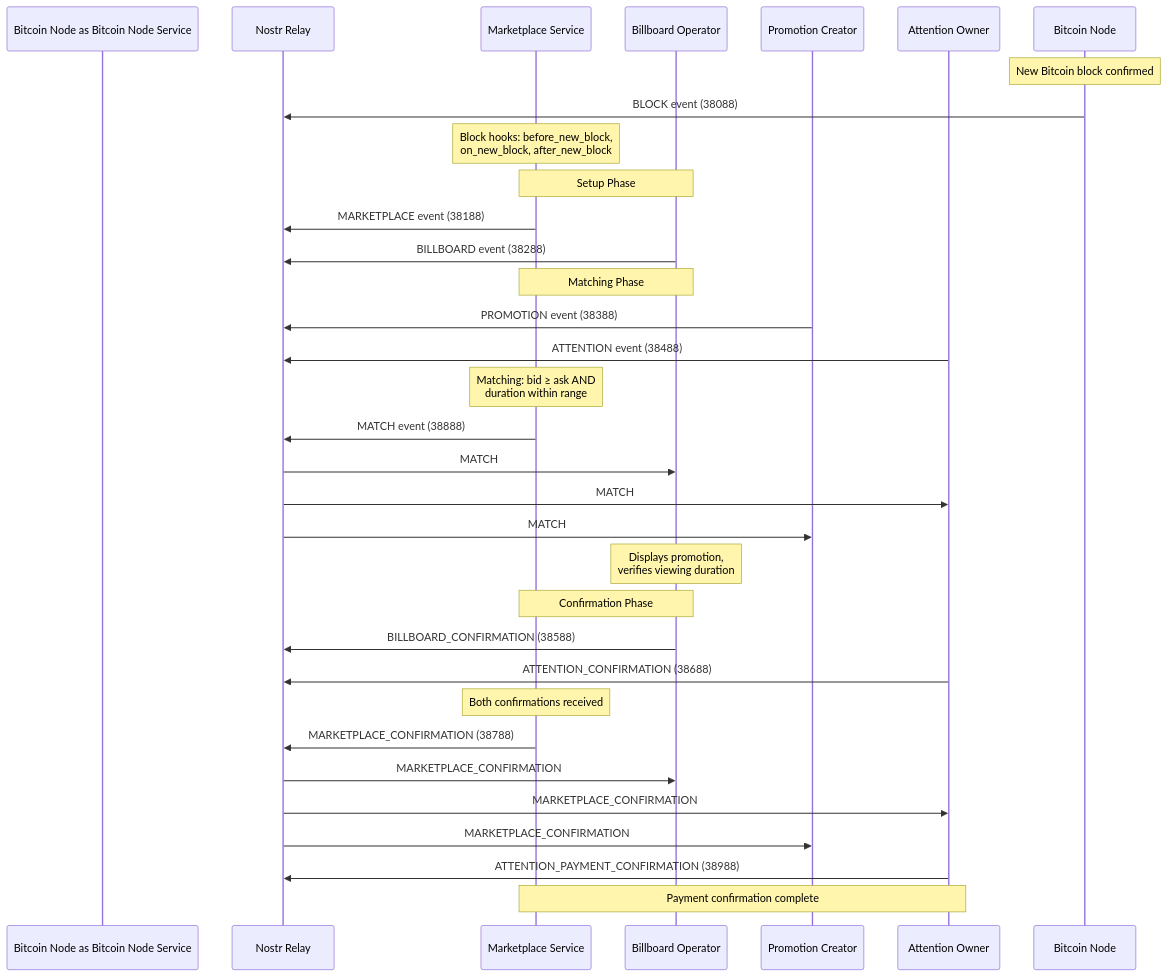
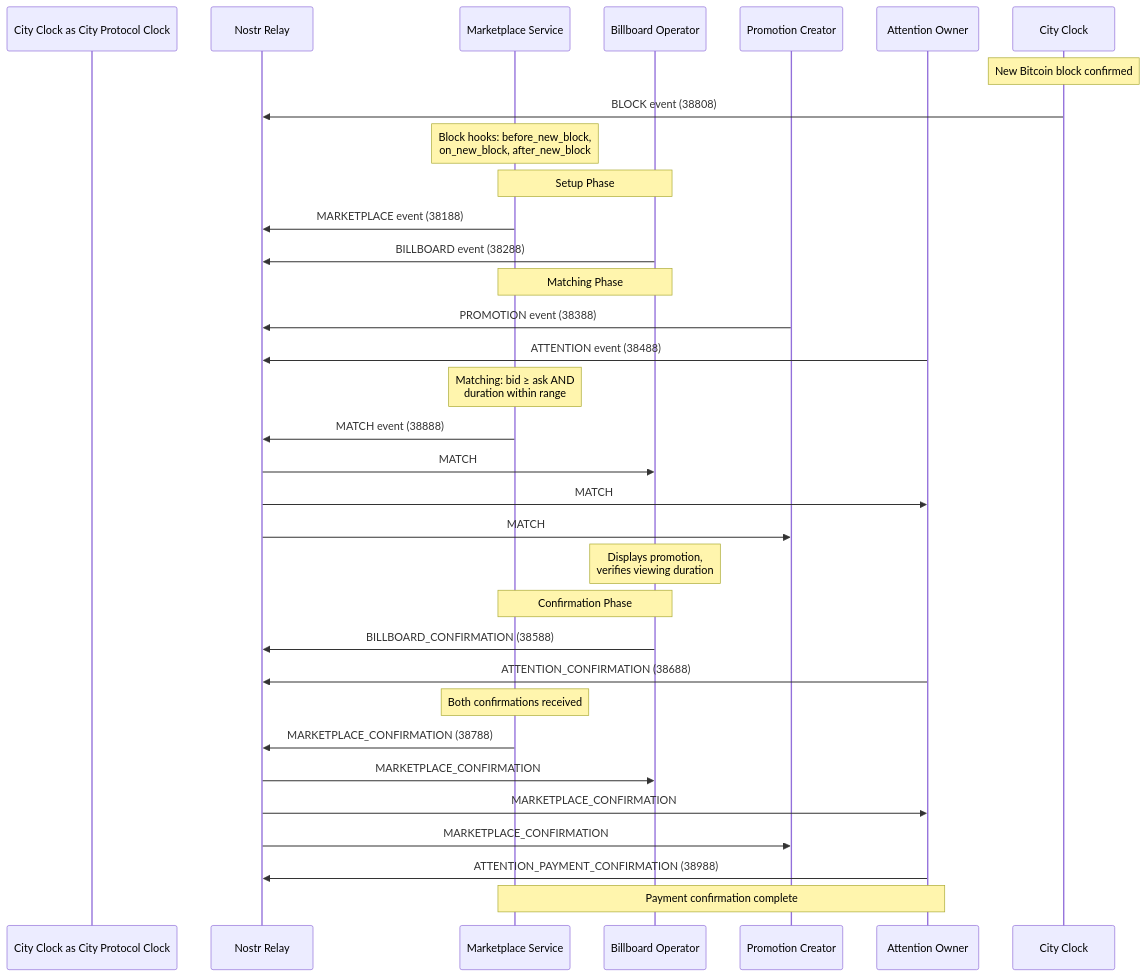
One commit to joinnextblock/attn-protocol changed the diagram in packages/protocol/docs/EVENT_FLOW.md. Above: the diagram before and after it, drawn with Mermaid. The commit also changed other lines of this file and 135 other files, not shown here.

````diff
--- a/packages/protocol/docs/EVENT_FLOW.md
+++ b/packages/protocol/docs/EVENT_FLOW.md
@@ -11,46 +11,46 @@
 ```mermaid
 sequenceDiagram
-    participant Bitcoin Node as Bitcoin Node Service
+    participant City Clock as City Protocol Clock
     participant Relay as Nostr Relay
     participant Marketplace as Marketplace Service
     participant Billboard as Billboard Operator
     participant Promoter as Promotion Creator
     participant Viewer as Attention Owner
 
-    Note over Bitcoin Node: New Bitcoin block confirmed
-    Bitcoin Node->>Relay: BLOCK event (38088)
+    Note over City Clock: New Bitcoin block confirmed
+    City Clock->>Relay: BLOCK event (38808)
 
     Note over Marketplace: Block hooks: before_new_block,<br/>on_new_block, after_new_block
 
     Note over Marketplace,Billboard: Setup Phase
     Marketplace->>Relay: MARKETPLACE event (38188)
     Billboard->>Relay: BILLBOARD event (38288)
 
     Note over Marketplace,Billboard: Matching Phase
     Promoter->>Relay: PROMOTION event (38388)
     Viewer->>Relay: ATTENTION event (38488)
 
     Note over Marketplace: Matching: bid ≥ ask AND<br/>duration within range
     Marketplace->>Relay: MATCH event (38888)
 
     Relay->>Billboard: MATCH
     Relay->>Viewer: MATCH
     Relay->>Promoter: MATCH
 
     Note over Billboard: Displays promotion,<br/>verifies viewing duration
 
     Note over Marketplace,Billboard: Confirmation Phase
     Billboard->>Relay: BILLBOARD_CONFIRMATION (38588)
     Viewer->>Relay: ATTENTION_CONFIRMATION (38688)
 
     Note over Marketplace: Both confirmations received
     Marketplace->>Relay: MARKETPLACE_CONFIRMATION (38788)
 
     Relay->>Billboard: MARKETPLACE_CONFIRMATION
     Relay->>Viewer: MARKETPLACE_CONFIRMATION
     Relay->>Promoter: MARKETPLACE_CONFIRMATION
 
     Viewer->>Relay: ATTENTION_PAYMENT_CONFIRMATION (38988)
 
     Note over Marketplace,Viewer: Payment confirmation complete
 ```
````
